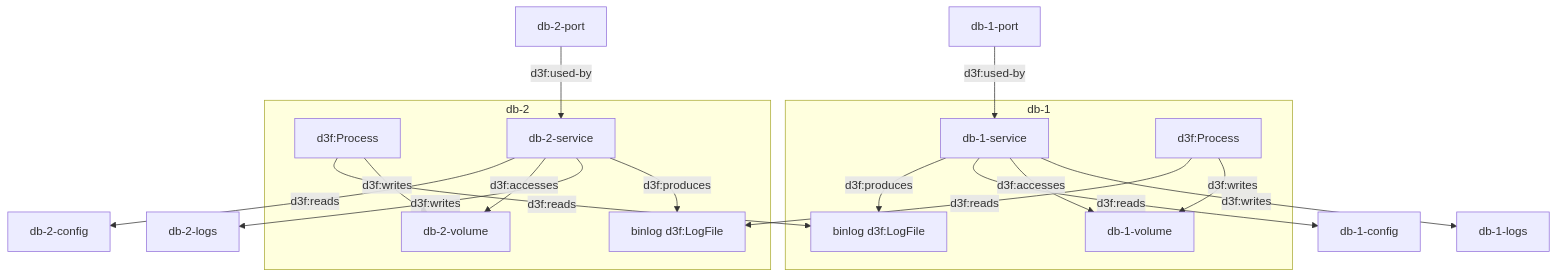
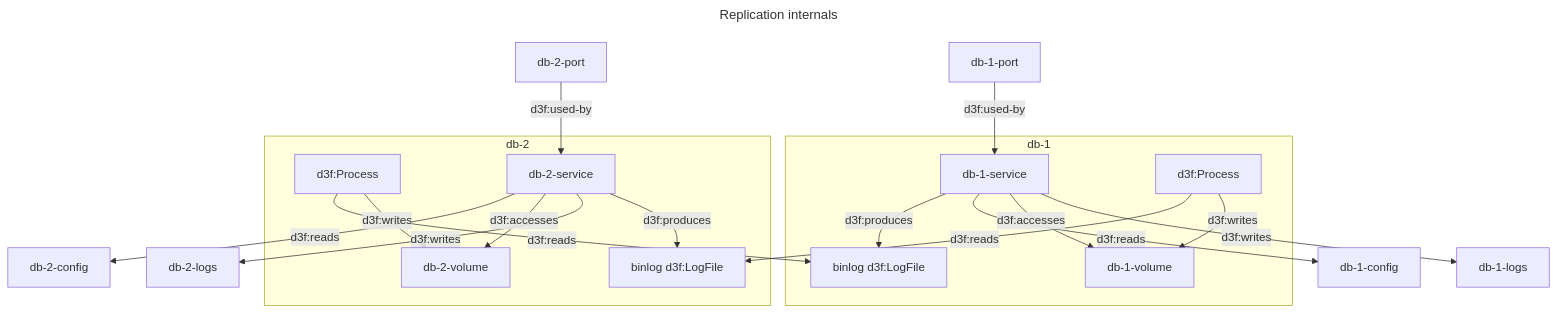
One commit to ioggstream/d3sign changed the fifth of 5 diagrams in app/src/data/examples/db-replica.md. Above: the diagram before and after it, drawn with Mermaid. The commit also changed other lines of this file and 8 other files, not shown here.

Commit message:
Fix: #6. Diagram titles.

````diff
--- a/app/src/data/examples/db-replica.md
+++ b/app/src/data/examples/db-replica.md
@@ -98,33 +99,34 @@
 ```mermaid
 ---
 id: replication
+title: Replication internals
 ---
 graph
 
 db-1-service -->|d3f:writes| db-1-logs
 db-1-service -->|d3f:accesses| db-1-volume
 db-1-service -->|d3f:reads| db-1-config
 db-1-port -->|d3f:used-by| db-1-service
 
 
 subgraph db-1
 db-1-binlog[binlog d3f:LogFile]
 db-1-sync[d3f:Process]
 db-1-sync -->|d3f:writes| db-1-volume
 db-1-service -->|d3f:produces| db-1-binlog
 
 end
 subgraph db-2
 db-2-binlog[binlog d3f:LogFile]
 db-2-sync[d3f:Process]
 db-2-sync -->|d3f:writes| db-2-volume
 db-2-service -->|d3f:produces| db-2-binlog
 end
 db-2-sync -->|d3f:reads| db-1-binlog
 db-1-sync -->|d3f:reads| db-2-binlog
 
 db-2-service -->|d3f:writes| db-2-logs
 db-2-service -->|d3f:accesses| db-2-volume
 db-2-service -->|d3f:reads| db-2-config
 db-2-port -->|d3f:used-by| db-2-service
 ```
````
